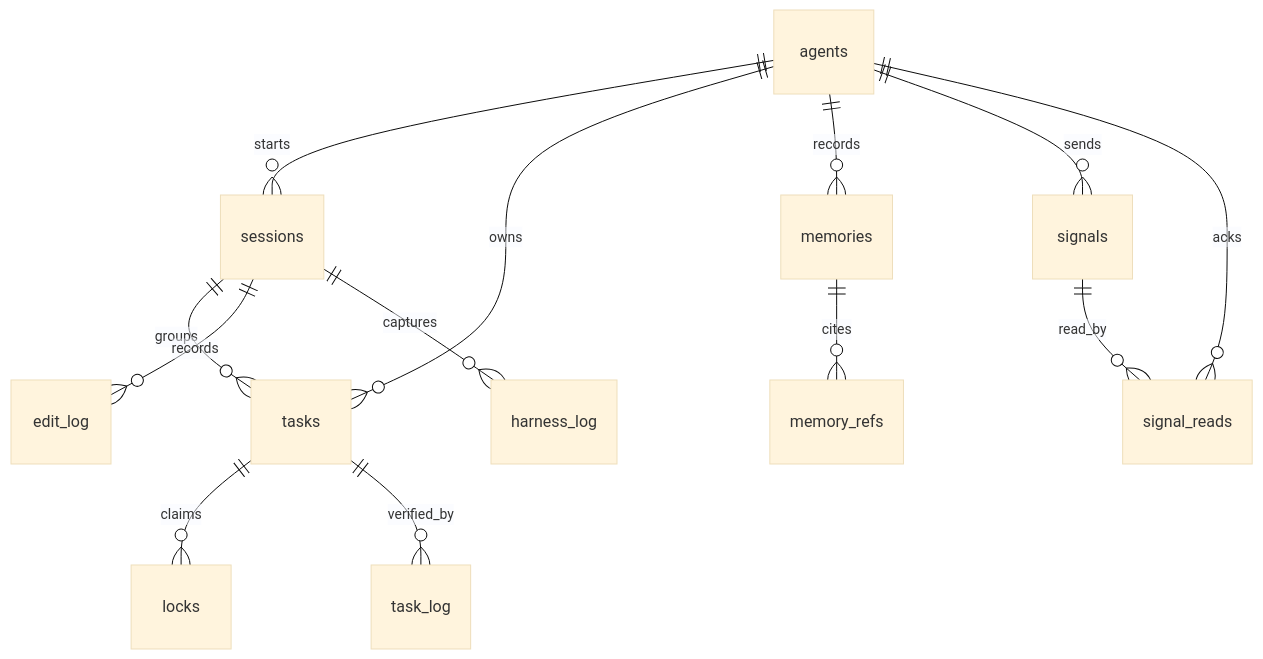
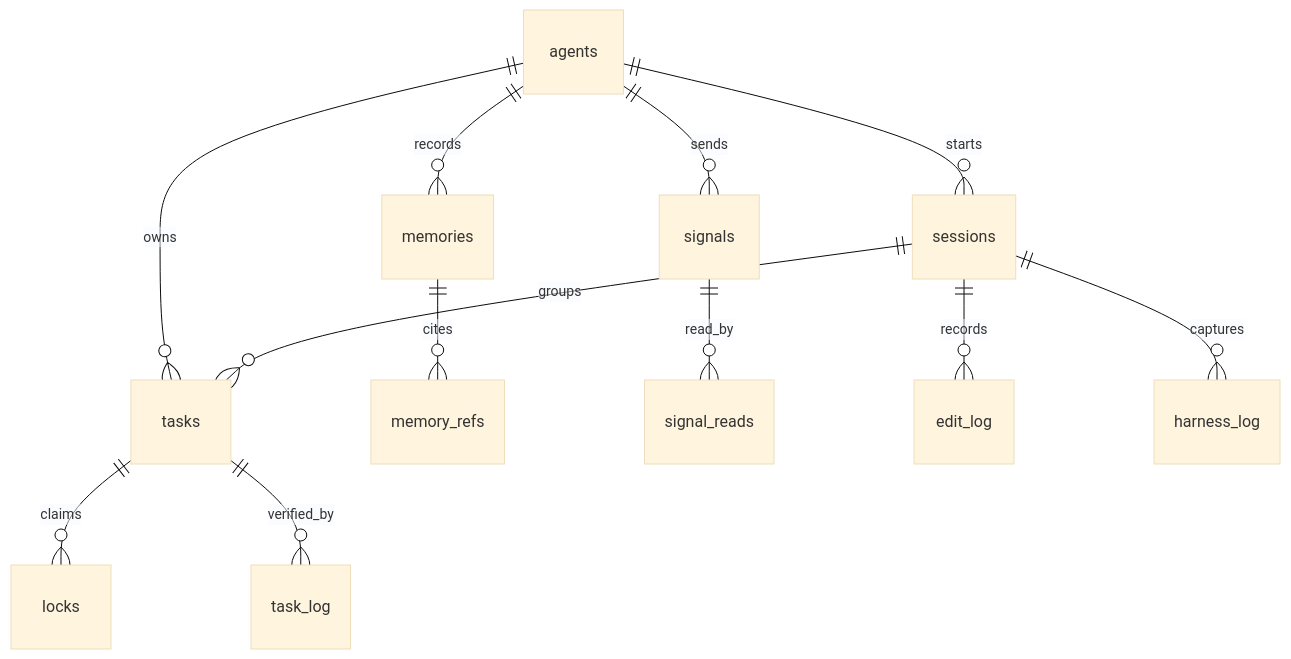
Before and after one commit to bgauryy/octocode: the third of 3 diagrams in packages/octocode-awareness/docs/SKILLS.md, drawn with Mermaid (base theme). The commit also changed other lines of this file and 80 other files, not shown here.

````diff
--- a/packages/octocode-awareness/docs/SKILLS.md
+++ b/packages/octocode-awareness/docs/SKILLS.md
@@ -264,15 +699,14 @@
 ```mermaid
 erDiagram
   agents ||--o{ sessions : "starts"
   agents ||--o{ tasks : "owns"
   agents ||--o{ memories : "records"
   agents ||--o{ signals : "sends"
-  agents ||--o{ signal_reads : "acks"
   sessions ||--o{ tasks : "groups"
   tasks ||--o{ locks : "claims"
   tasks ||--o{ task_log : "verified_by"
   memories ||--o{ memory_refs : "cites"
   signals ||--o{ signal_reads : "read_by"
   sessions ||--o{ edit_log : "records"
   sessions ||--o{ harness_log : "captures"
 ```
````
